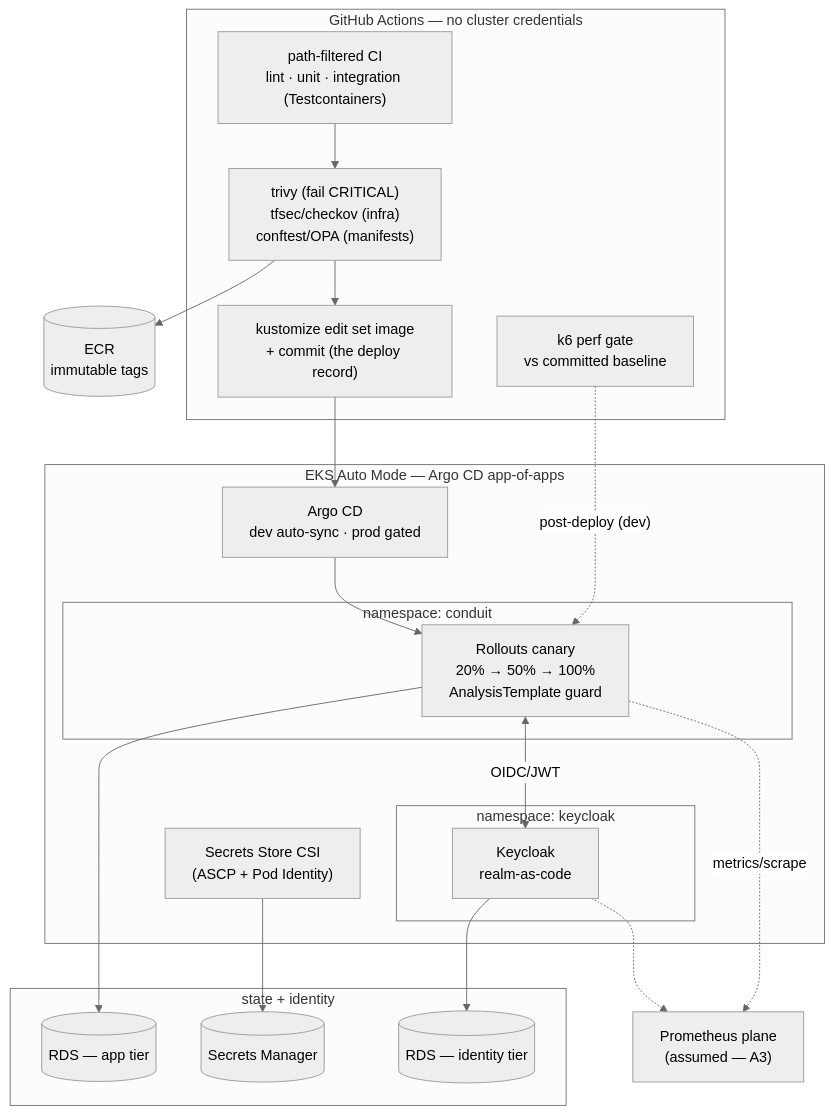
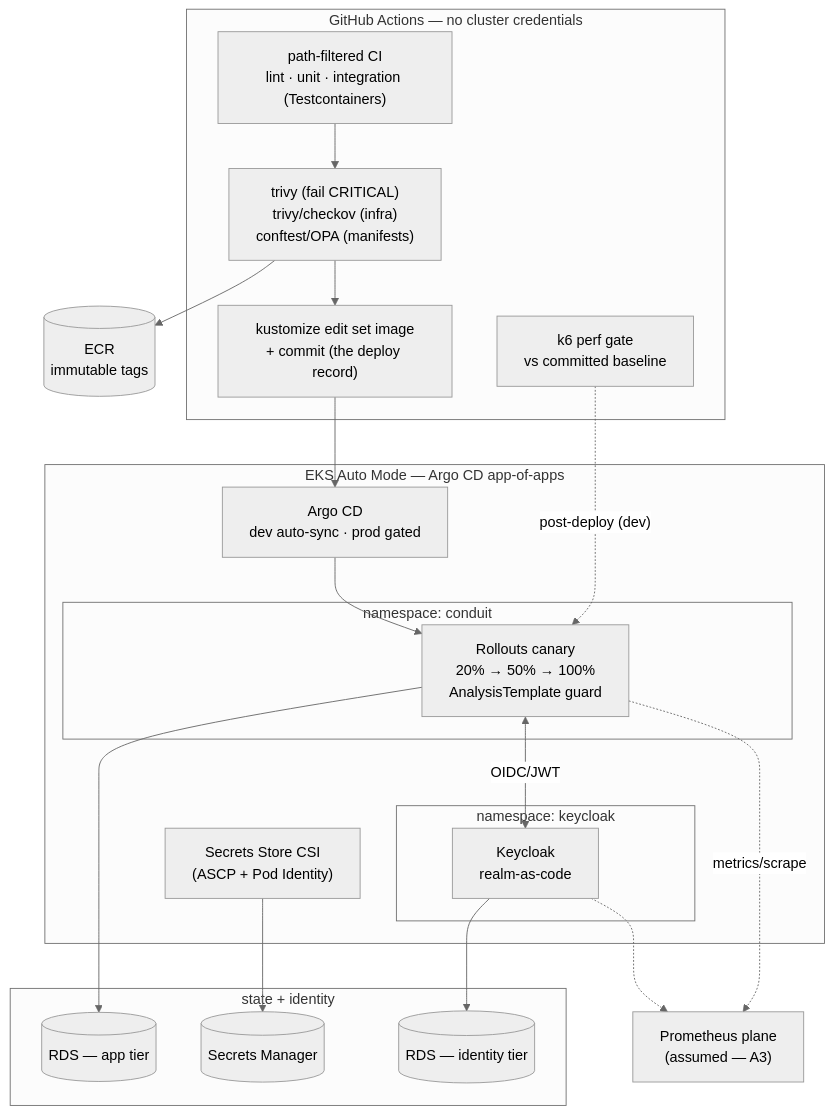
Before and after one commit to aryn-lacy/platform-foundry: the second of 2 diagrams in docs/diagrams/README.md, drawn with Mermaid (neutral theme). The commit also changed 8 other files, not shown here.

First line of the commit message:
ci(policy): migrate tfsec gate to trivy misconfig scanner

````diff
--- a/docs/diagrams/README.md
+++ b/docs/diagrams/README.md
@@ -30,37 +30,37 @@
 ```mermaid
 flowchart TB
     subgraph CI["GitHub Actions — no cluster credentials"]
         BUILD["path-filtered CI<br/>lint · unit · integration (Testcontainers)"]
-        SCAN["trivy (fail CRITICAL)<br/>tfsec/checkov (infra)<br/>conftest/OPA (manifests)"]
+        SCAN["trivy (fail CRITICAL)<br/>trivy/checkov (infra)<br/>conftest/OPA (manifests)"]
         SETIMG["kustomize edit set image<br/>+ commit (the deploy record)"]
         K6GATE["k6 perf gate<br/>vs committed baseline"]
     end
     subgraph CLUSTER["EKS Auto Mode — Argo CD app-of-apps"]
         ARGO["Argo CD<br/>dev auto-sync · prod gated"]
         subgraph CONDUIT["namespace: conduit"]
             CANARY["Rollouts canary<br/>20% → 50% → 100%<br/>AnalysisTemplate guard"]
         end
         subgraph KCNS["namespace: keycloak"]
             KEYCLOAK["Keycloak<br/>realm-as-code"]
         end
         CSI["Secrets Store CSI<br/>(ASCP + Pod Identity)"]
     end
     ECR[("ECR<br/>immutable tags")]
     subgraph STATE["state + identity"]
         RDSA[("RDS — app tier")]
         RDSK[("RDS — identity tier")]
         SM[("Secrets Manager")]
     end
     PROM["Prometheus plane<br/>(assumed — A3)"]
 
     BUILD --> SCAN --> ECR
     SCAN --> SETIMG --> ARGO
     K6GATE -.->|"post-deploy (dev)"| CANARY
     ARGO --> CANARY
     CANARY --> RDSA
     KEYCLOAK --> RDSK
     CANARY <-->|OIDC/JWT| KEYCLOAK
     CSI --> SM
     CANARY -.->|metrics/scrape| PROM
     KEYCLOAK -.-> PROM
 ```
````
